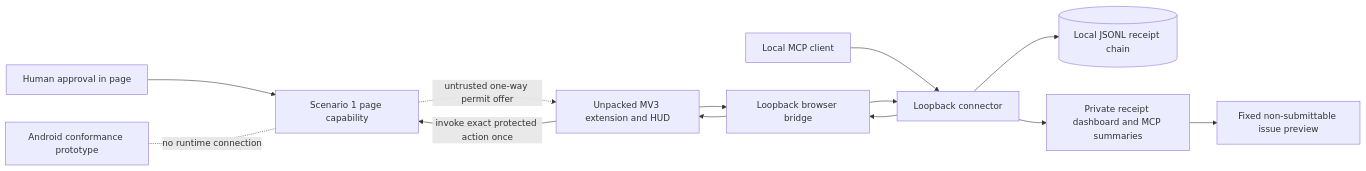
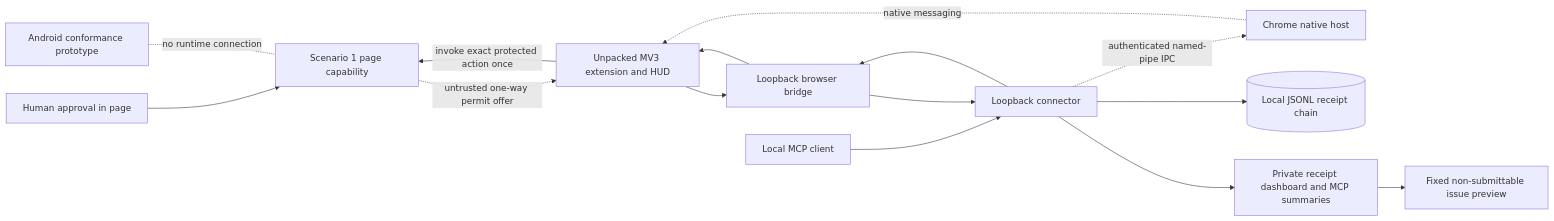
The second of 3 diagrams in docs/ARCHITECTURE.md (savage-content/webmcp-security-lab), drawn with Mermaid before and after one commit. The commit also changed other lines of this file and 22 other files, not shown here.

Commit message:
Add authenticated Local Guard native IPC

````diff
--- a/docs/ARCHITECTURE.md
+++ b/docs/ARCHITECTURE.md
@@ -58,15 +60,17 @@
 ```mermaid
 flowchart LR
   U[Human approval in page] --> P[Scenario 1 page capability]
   M[Local MCP client] --> C[Loopback connector]
   C --> B[Loopback browser bridge]
   B --> X[Unpacked MV3 extension and HUD]
+  C -. authenticated named-pipe IPC .-> N[Chrome native host]
+  N -. native messaging .-> X
   X -->|invoke exact protected action once| P
   P -. untrusted one-way permit offer .-> X
   X --> B
   B --> C
   C --> L[(Local JSONL receipt chain)]
   C --> R[Private receipt dashboard and MCP summaries]
   R --> I[Fixed non-submittable issue preview]
   K[Android conformance prototype] -. no runtime connection .- P
 ```
````
